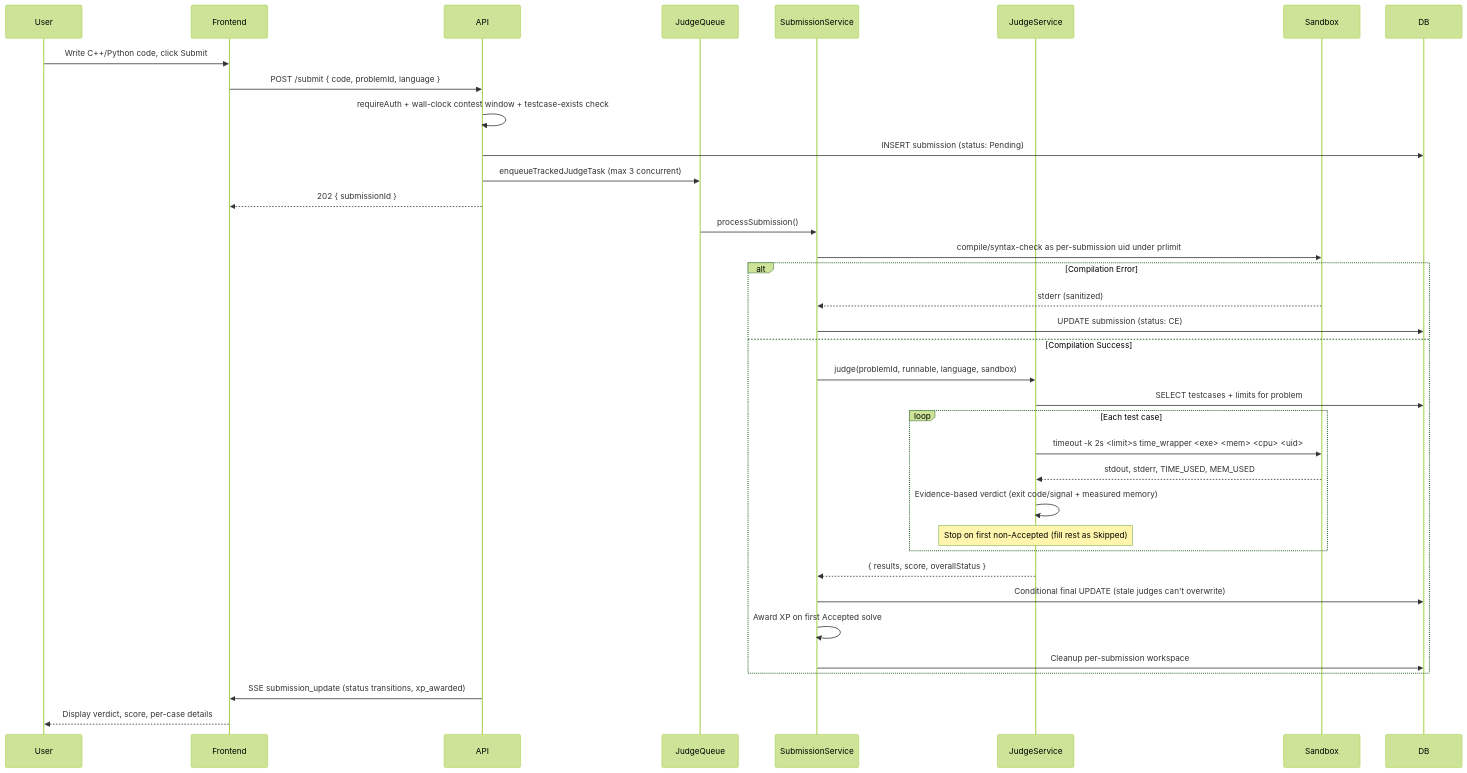
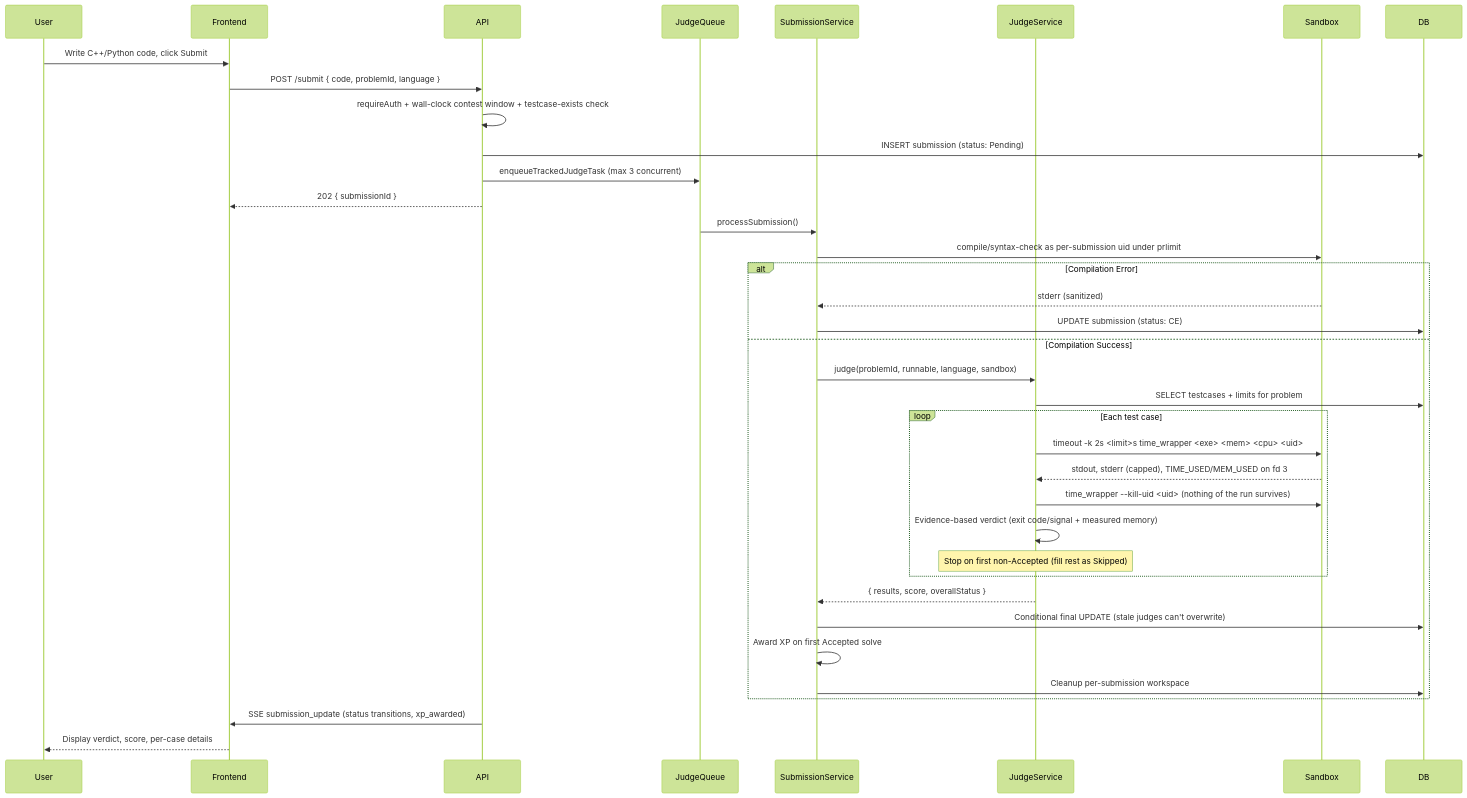
One commit to Nonbangkok/OJ changed the third of 5 diagrams in .context/ARCHITECTURE.md. Above: the diagram before and after it, drawn with Mermaid (forest theme). The commit also changed other lines of this file and 3 other files, not shown here.

First line of the commit message:
docs(sandbox): document the uid sweep, fd-3 telemetry, capped RE output and private scratch

````diff
--- a/.context/ARCHITECTURE.md
+++ b/.context/ARCHITECTURE.md
@@ -327,39 +327,40 @@
 ```mermaid
 sequenceDiagram
     participant User
     participant Frontend
     participant API
     participant JudgeQueue
     participant SubmissionService
     participant JudgeService
     participant Sandbox
     participant DB
 
     User->>Frontend: Write C++/Python code, click Submit
     Frontend->>API: POST /submit { code, problemId, language }
     API->>API: requireAuth + wall-clock contest window + testcase-exists check
     API->>DB: INSERT submission (status: Pending)
     API->>JudgeQueue: enqueueTrackedJudgeTask (max 3 concurrent)
     API-->>Frontend: 202 { submissionId }
     JudgeQueue->>SubmissionService: processSubmission()
     SubmissionService->>Sandbox: compile/syntax-check as per-submission uid under prlimit
     alt Compilation Error
         Sandbox-->>SubmissionService: stderr (sanitized)
         SubmissionService->>DB: UPDATE submission (status: CE)
     else Compilation Success
         SubmissionService->>JudgeService: judge(problemId, runnable, language, sandbox)
         JudgeService->>DB: SELECT testcases + limits for problem
         loop Each test case
             JudgeService->>Sandbox: timeout -k 2s <limit>s time_wrapper <exe> <mem> <cpu> <uid>
-            Sandbox-->>JudgeService: stdout, stderr, TIME_USED, MEM_USED
+            Sandbox-->>JudgeService: stdout, stderr (capped), TIME_USED/MEM_USED on fd 3
+            JudgeService->>Sandbox: time_wrapper --kill-uid <uid> (nothing of the run survives)
             JudgeService->>JudgeService: Evidence-based verdict (exit code/signal + measured memory)
             Note over JudgeService: Stop on first non-Accepted (fill rest as Skipped)
         end
         JudgeService-->>SubmissionService: { results, score, overallStatus }
         SubmissionService->>DB: Conditional final UPDATE (stale judges can't overwrite)
         SubmissionService->>SubmissionService: Award XP on first Accepted solve
         SubmissionService->>DB: Cleanup per-submission workspace
     end
     API->>Frontend: SSE submission_update (status transitions, xp_awarded)
     Frontend-->>User: Display verdict, score, per-case details
 ```
````
